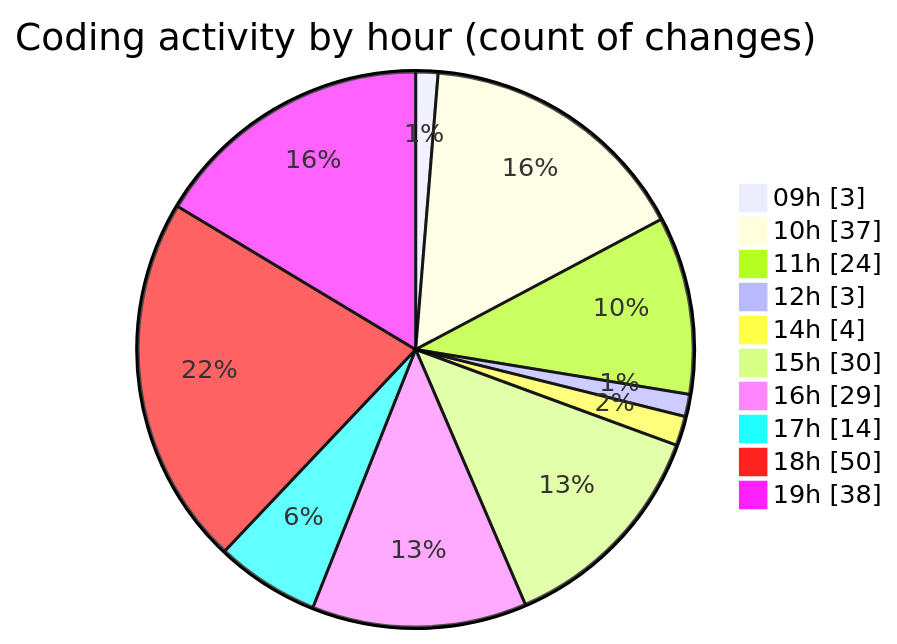
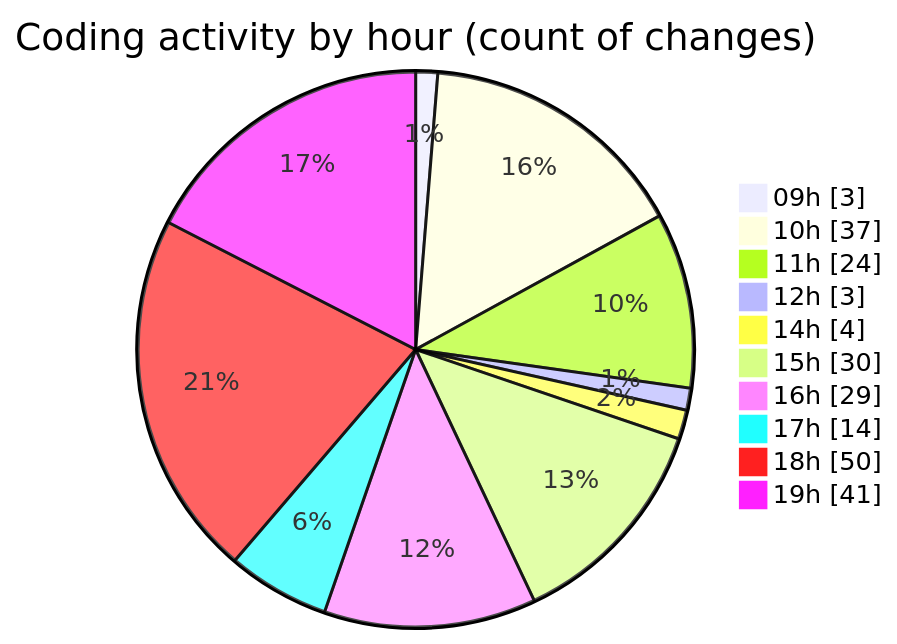
One commit to CELIANVF/code-tracking changed the second of 2 diagrams in 2025-05-02/ecodeli/README.md. Above: the diagram before and after it, drawn with Mermaid. The commit also changed other lines of this file and 1 other file, not shown here.

````diff
--- a/2025-05-02/ecodeli/README.md
+++ b/2025-05-02/ecodeli/README.md
@@ -104,14 +105,14 @@
 ```mermaid
 pie showData
 title Coding activity by hour (count of changes)
 "09h" : 3
 "10h" : 37
 "11h" : 24
 "12h" : 3
 "14h" : 4
 "15h" : 30
 "16h" : 29
 "17h" : 14
 "18h" : 50
-"19h" : 38
+"19h" : 41
 ```
````
